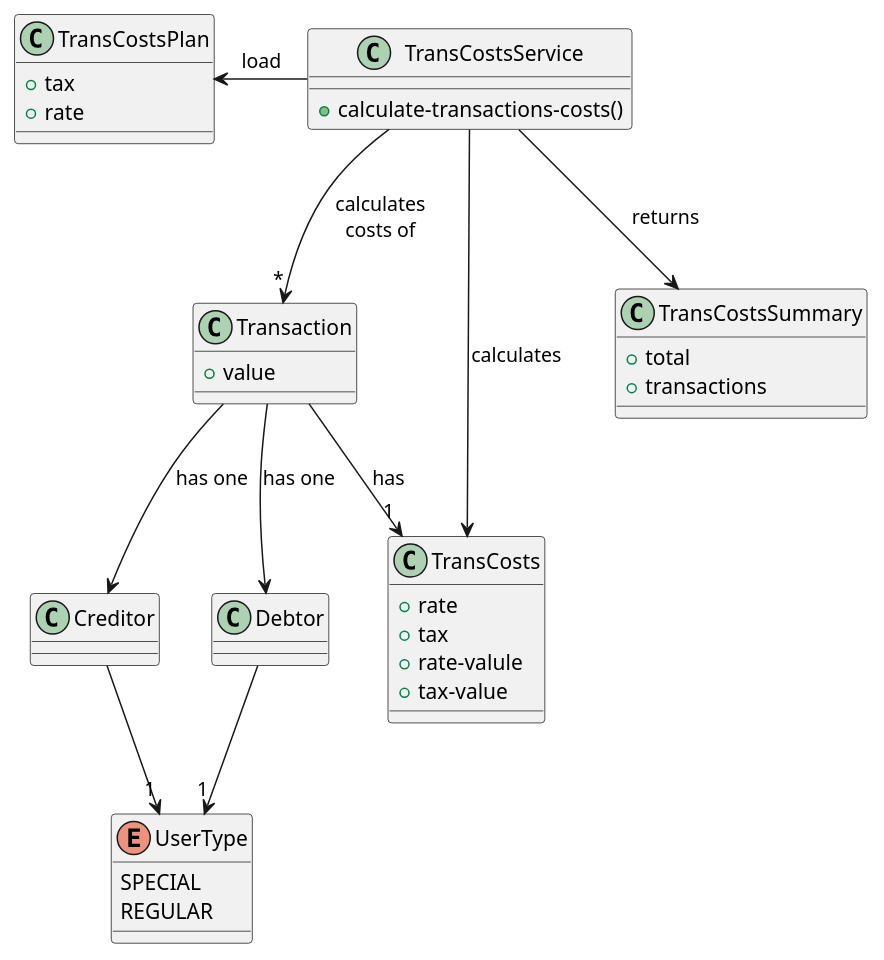
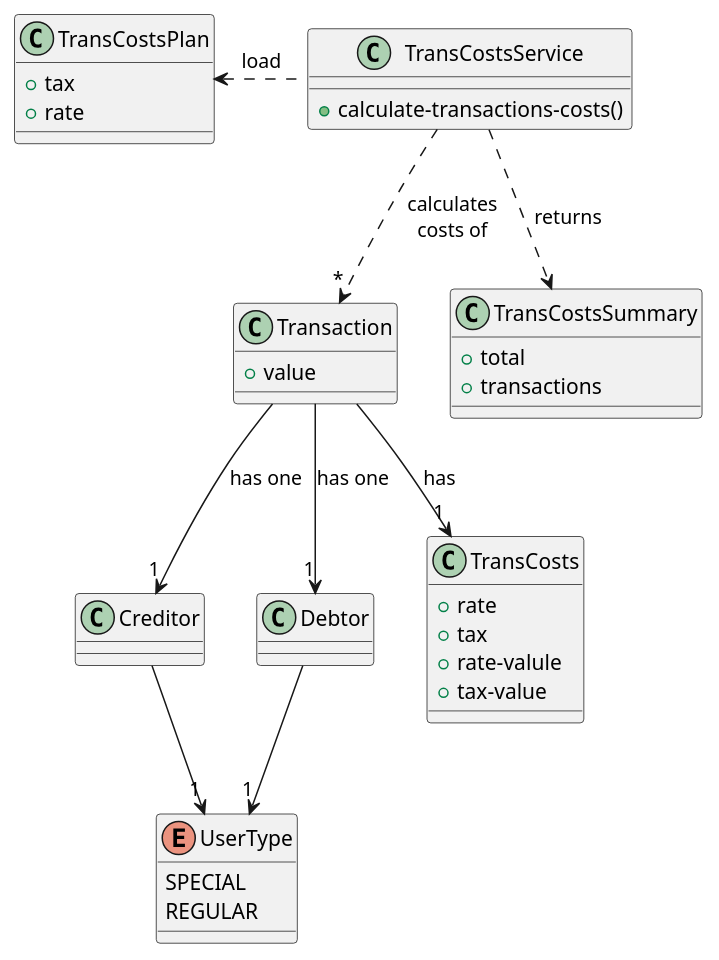
The diagram in doc/domain.puml (mmoraesbr/clojure-lab-01), drawn with PlantUML before and after one commit.

```diff
--- a/doc/domain.puml
+++ b/doc/domain.puml
@@ -1,40 +1,39 @@
 @startuml
 
 class Transaction {
     + value
 }
 class Creditor
 class Debtor
 class TransCostsPlan {
     + tax
     + rate
 }
 class TransCosts {
     + rate
     + tax
     + rate-valule
     + tax-value
 }
 class TransCostsSummary {
     + total
     + transactions
 }
 class TransCostsService {
     + calculate-transactions-costs()
 }
 enum UserType {
 SPECIAL
 REGULAR
 }
 
-Transaction --> Creditor : has one
-Transaction --> Debtor : has one
+Transaction --> "1" Creditor : has one
+Transaction --> "1" Debtor : has one
 
 Creditor --> "1" UserType
 Debtor --> "1" UserType
-TransCostsService --> "*" Transaction : " calculates \ncosts of"
-TransCostsService -left-> TransCostsPlan : load
+TransCostsService ..> "*" Transaction : " calculates \ncosts of"
+TransCostsService .left.> TransCostsPlan : load
 Transaction --> "1" TransCosts : has
-TransCostsService --> TransCosts : calculates
-TransCostsService --> TransCostsSummary : returns
+TransCostsService ..> TransCostsSummary : returns
 @enduml
```
